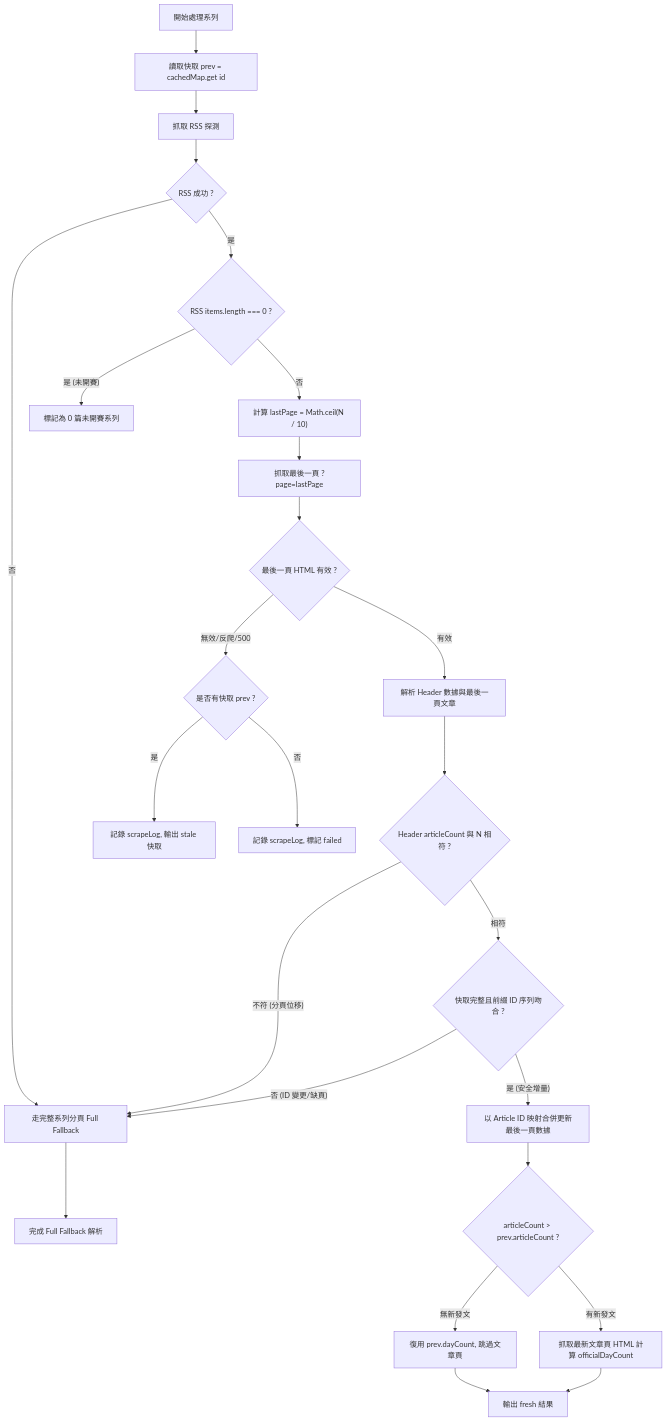
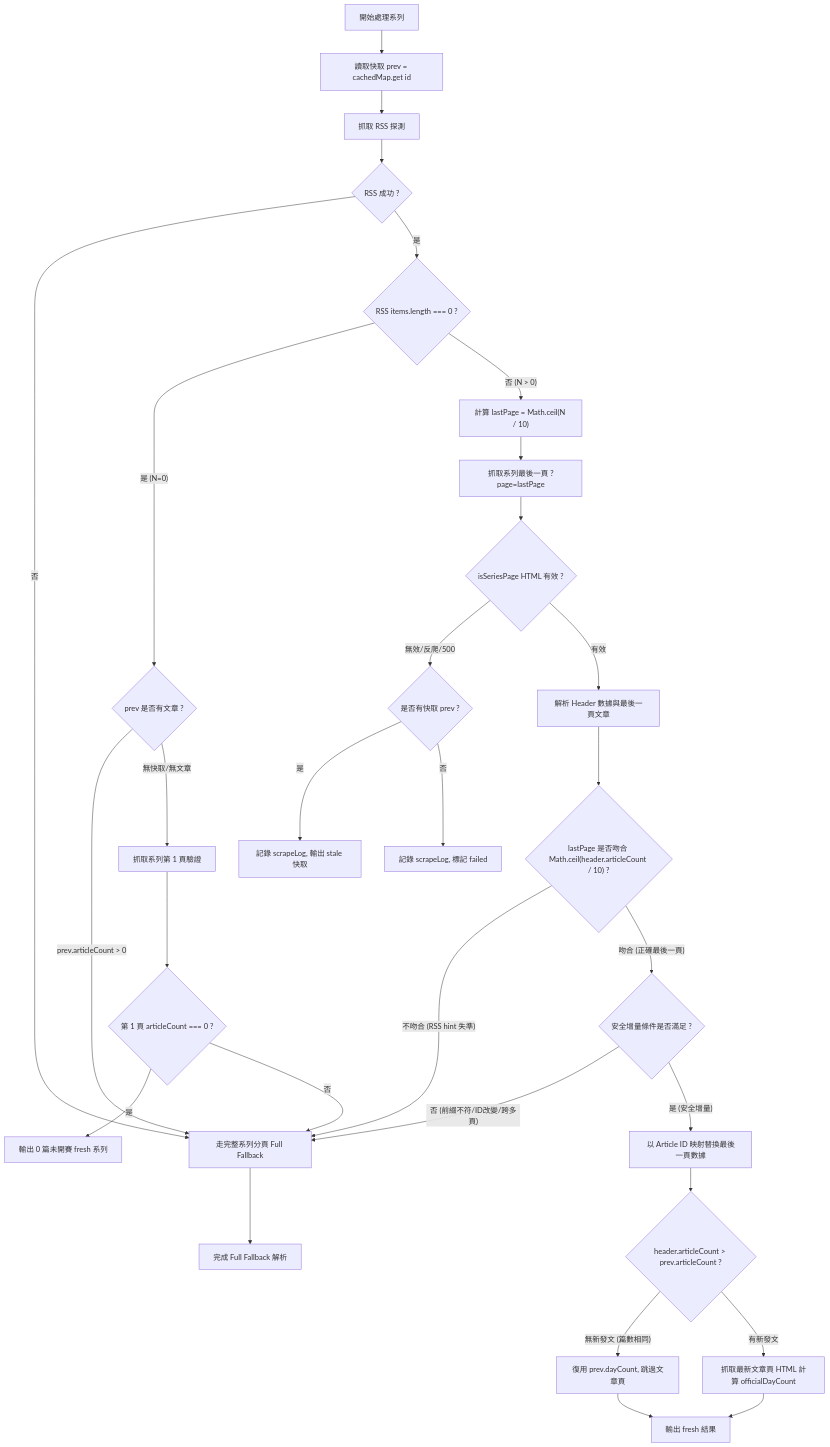
The diagram in docs/superpowers/specs/2026-08-21-crawler-optimization-design.md (kehao-chen/ithome-ironman-observer-next), drawn with Mermaid before and after one commit. The commit also changed other lines of this file, not shown here.

````diff
--- a/docs/superpowers/specs/2026-08-21-crawler-optimization-design.md
+++ b/docs/superpowers/specs/2026-08-21-crawler-optimization-design.md
@@ -47,36 +49,45 @@
 ```mermaid
 flowchart TD
     Start[開始處理系列] --> LoadCache[讀取快取 prev = cachedMap.get id]
     LoadCache --> FetchRSS[抓取 RSS 探測]
     FetchRSS --> RSSSuccess{RSS 成功 ?}
     
     %% RSS 失敗分支
     RSSSuccess -- 否 --> FullFallback[走完整系列分頁 Full Fallback]
     
     %% RSS 成功分支
-    RSSSuccess -- 是 --> CheckN{RSS items.length === 0 ?}
-    CheckN -- 是 (未開賽) --> MarkPending[標記為 0 篇未開賽系列]
-    CheckN -- 否 --> CalcLastPage["計算 lastPage = Math.ceil(N / 10)"]
-    CalcLastPage --> FetchLastPage["抓取最後一頁 ?page=lastPage"]
-    FetchLastPage --> ValidatePage{最後一頁 HTML 有效 ?}
+    RSSSuccess -- 是 --> CheckNHint{RSS items.length === 0 ?}
+    
+    %% RSS 0 篇保護
+    CheckNHint -- 是 (N=0) --> CheckPrevEmpty{prev 是否有文章 ?}
+    CheckPrevEmpty -- prev.articleCount > 0 --> FullFallback
+    CheckPrevEmpty -- 無快取/無文章 --> VerifyEmpty[抓取系列第 1 頁驗證]
+    VerifyEmpty --> IsTrulyEmpty{第 1 頁 articleCount === 0 ?}
+    IsTrulyEmpty -- 是 --> EmitPending[輸出 0 篇未開賽 fresh 系列]
+    IsTrulyEmpty -- 否 --> FullFallback
+    
+    %% RSS > 0 篇
+    CheckNHint -- 否 (N > 0) --> CalcLastPage["計算 lastPage = Math.ceil(N / 10)"]
+    CalcLastPage --> FetchLastPage["抓取系列最後一頁 ?page=lastPage"]
+    FetchLastPage --> ValidatePage{isSeriesPage HTML 有效 ?}
     
     ValidatePage -- 無效/反爬/500 --> HandleFetchFail{是否有快取 prev ?}
     HandleFetchFail -- 是 --> EmitStale[記錄 scrapeLog, 輸出 stale 快取]
     HandleFetchFail -- 否 --> EmitFailed[記錄 scrapeLog, 標記 failed]
     
     ValidatePage -- 有效 --> ParseLastPage[解析 Header 數據與最後一頁文章]
-    ParseLastPage --> VerifyHeader{Header articleCount 與 N 相符 ?}
-    VerifyHeader -- 不符 (分頁位移) --> FullFallback
+    ParseLastPage --> VerifyLastPageMatch{"lastPage 是否吻合 Math.ceil(header.articleCount / 10) ?"}
+    VerifyLastPageMatch -- 不吻合 (RSS hint 失準) --> FullFallback
     
-    VerifyHeader -- 相符 --> CheckIncrementalSafe{快取完整且前綴 ID 序列吻合 ?}
-    CheckIncrementalSafe -- 否 (ID 變更/缺頁) --> FullFallback
-    CheckIncrementalSafe -- 是 (安全增量) --> MergeID[以 Article ID 映射合併更新最後一頁數據]
+    VerifyLastPageMatch -- 吻合 (正確最後一頁) --> CheckIncrementalSafe{安全增量條件是否滿足 ?}
+    CheckIncrementalSafe -- 否 (前綴不符/ID改變/跨多頁) --> FullFallback
+    CheckIncrementalSafe -- 是 (安全增量) --> MergeID[以 Article ID 映射替換最後一頁數據]
     
-    MergeID --> HasNewPost{articleCount > prev.articleCount ?}
-    HasNewPost -- 無新發文 --> ReuseDay[復用 prev.dayCount, 跳過文章頁]
+    MergeID --> HasNewPost{header.articleCount > prev.articleCount ?}
+    HasNewPost -- 無新發文 (篇數相同) --> ReuseDay[復用 prev.dayCount, 跳過文章頁]
     HasNewPost -- 有新發文 --> FetchBadge[抓取最新文章頁 HTML 計算 officialDayCount]
     
     ReuseDay --> FreshDone[輸出 fresh 結果]
     FetchBadge --> FreshDone
     FullFallback --> FullDone[完成 Full Fallback 解析]
 ```
````
